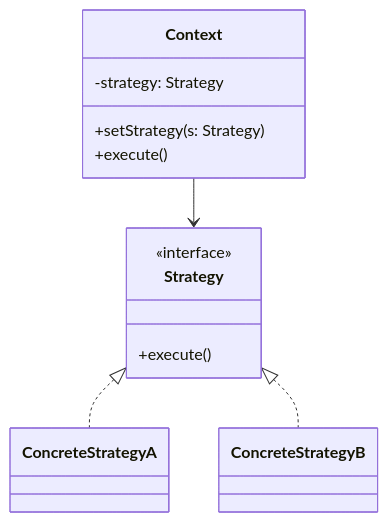
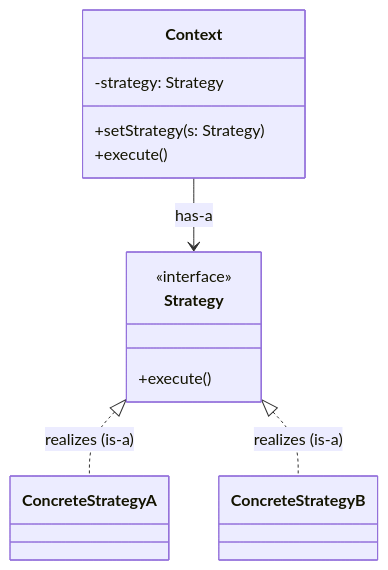
The sixth of 18 diagrams in exam-prep/exam1-study-guide.md (jeff-adkisson/swe-4743-spring-2026-oo-design), drawn with Mermaid before and after one commit. The commit also changed other lines of this file, not shown here.

````diff
--- a/exam-prep/exam1-study-guide.md
+++ b/exam-prep/exam1-study-guide.md
@@ -277,22 +280,22 @@
 ```mermaid
 classDiagram
 direction TB
 
 class Context {
   -strategy: Strategy
   +setStrategy(s: Strategy)
   +execute()
 }
 
 class Strategy {
   +execute()
 }
 <<interface>> Strategy
 
 class ConcreteStrategyA
 class ConcreteStrategyB
 
-Context --> Strategy
-Strategy <|.. ConcreteStrategyA
-Strategy <|.. ConcreteStrategyB
+Context --> Strategy : has-a
+Strategy <|.. ConcreteStrategyA : realizes (is-a)
+Strategy <|.. ConcreteStrategyB : realizes (is-a)
 ```
````
